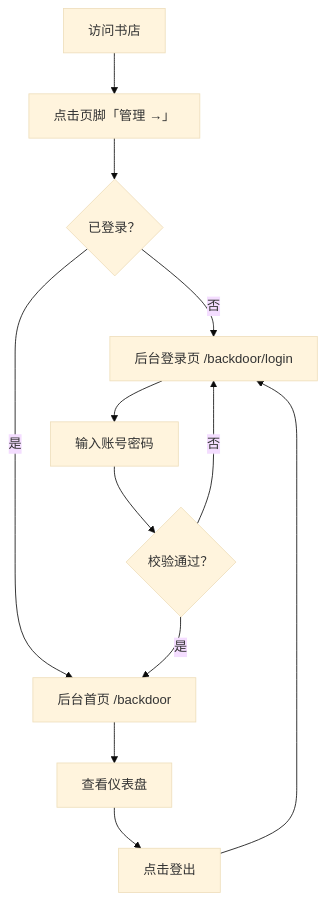
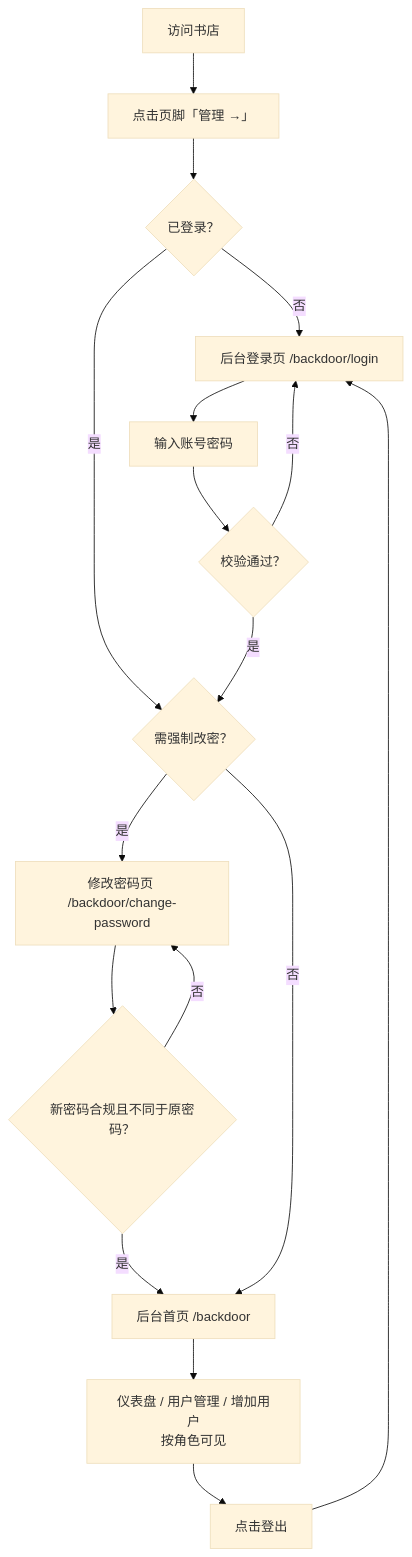
Before and after one commit to Deliay/sumire: the diagram in docs/product/requirements/draft/2026-08-12-backdoor-auth-prd.md, drawn with Mermaid (base theme). The commit also changed other lines of this file and 2 other files, not shown here.

First line of the commit message:
docs: 返工修订——角色体系、用户管理、强制改密与密码强度规则

````diff
--- a/docs/product/requirements/draft/2026-08-12-backdoor-auth-prd.md
+++ b/docs/product/requirements/draft/2026-08-12-backdoor-auth-prd.md
@@ -111,14 +159,19 @@
 ```mermaid
 flowchart TD
     A[访问书店] --> B[点击页脚「管理 →」]
     B --> C{已登录？}
     C -->|否| D[后台登录页 /backdoor/login]
-    C -->|是| E[后台首页 /backdoor]
+    C -->|是| P{需强制改密？}
     D --> F[输入账号密码]
     F --> G{校验通过？}
     G -->|否| D
-    G -->|是| E
-    E --> H[查看仪表盘]
+    G -->|是| P
+    P -->|是| Q[修改密码页 /backdoor/change-password]
+    Q --> R{新密码合规且不同于原密码？}
+    R -->|否| Q
+    R -->|是| E[后台首页 /backdoor]
+    P -->|否| E
+    E --> H[仪表盘 / 用户管理 / 增加用户<br>按角色可见]
     H --> I[点击登出]
     I --> D
 ```
````
